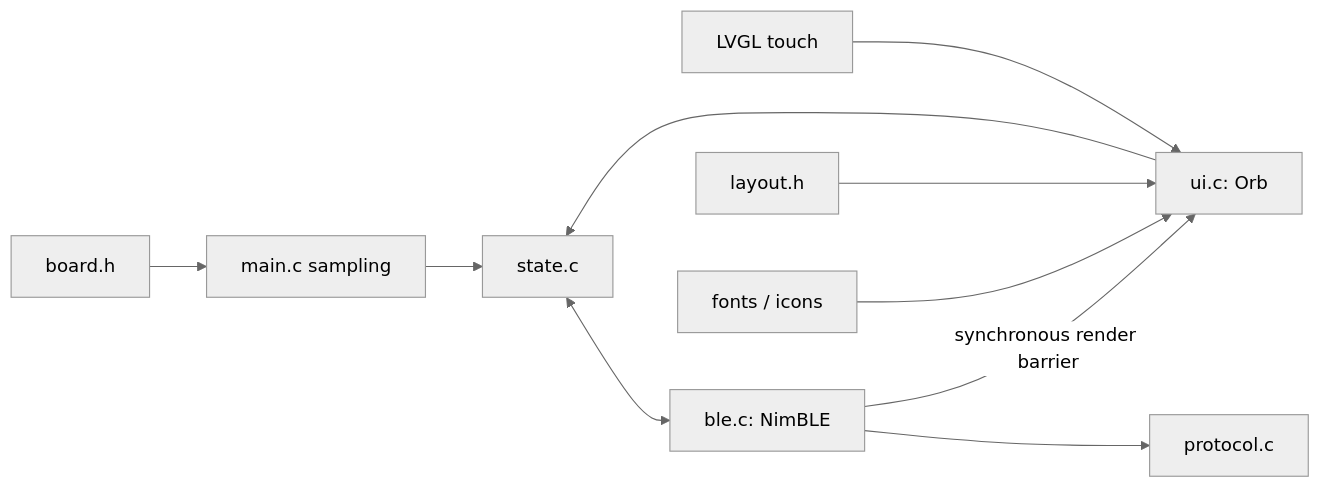
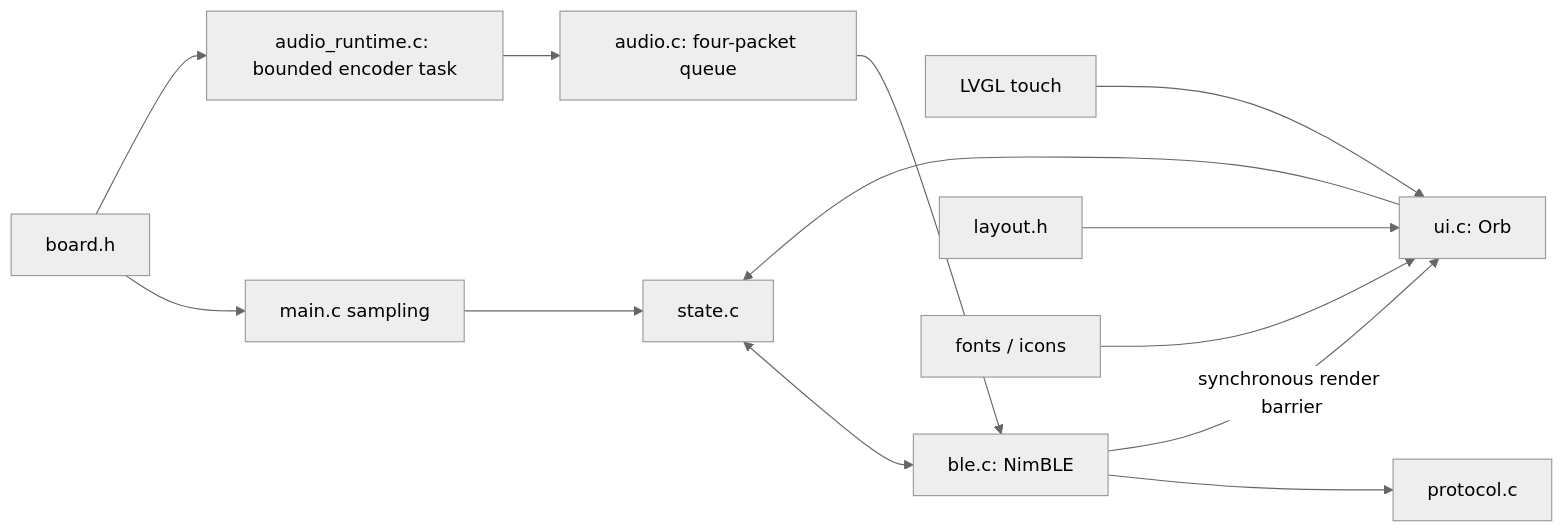
One commit to Harwasch/voiceremote changed the diagram in FW/app/README.md. Above: the diagram before and after it, drawn with Mermaid (neutral theme). The commit also changed other lines of this file and 47 other files, not shown here.

First line of the commit message:
FW: stream Opus mic audio over BLE and save it in the test client

````diff
--- a/FW/app/README.md
+++ b/FW/app/README.md
@@ -3,10 +3,13 @@
 ```mermaid
 flowchart LR
     Board[board.h] --> Main[main.c sampling]
     Touch[LVGL touch] --> UI[ui.c: Orb]
     Main & UI --> State[state.c]
     State <--> BLE[ble.c: NimBLE]
+    Board --> Worker[audio_runtime.c: bounded encoder task]
+    Worker --> Transport[audio.c: four-packet queue]
+    Transport --> BLE
     BLE --> Wire[protocol.c]
     BLE -->|synchronous render barrier| UI
     Geometry[layout.h] & Assets[fonts / icons] --> UI
 ```
````
